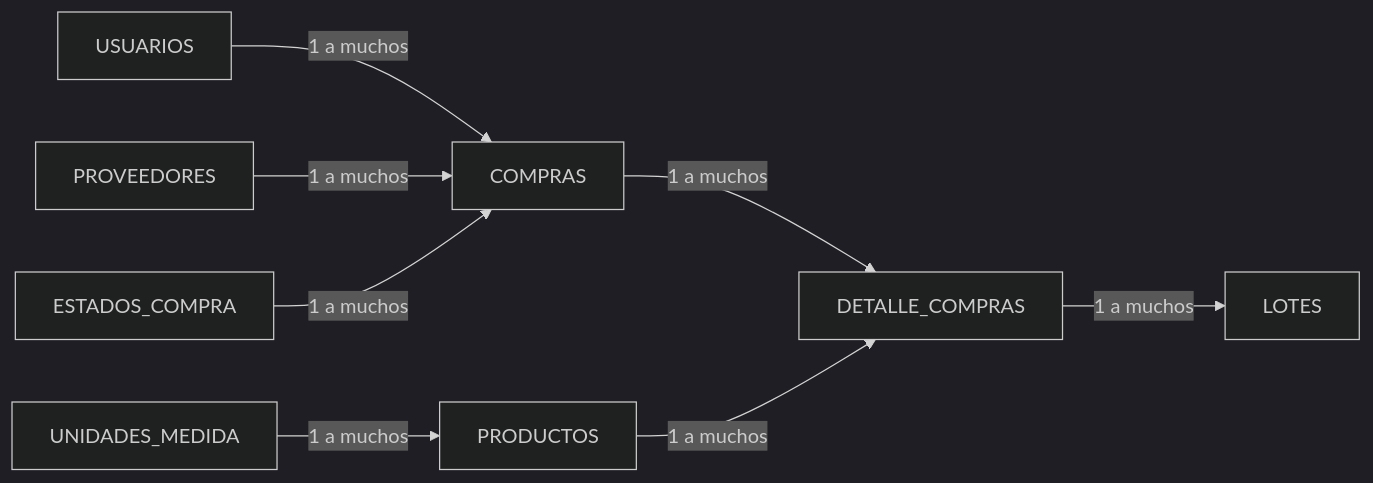
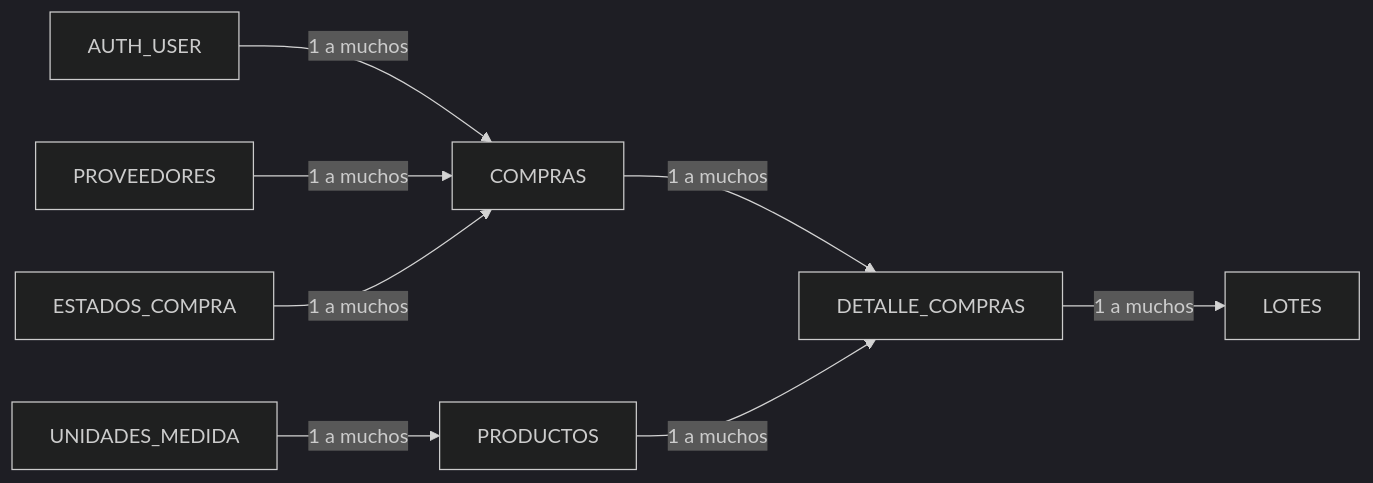
The second of 3 diagrams in docs/DER_RESUMIDO_PARA_FOTO.md (Renzzoworld/rapid-market), drawn with Mermaid (dark theme) before and after one commit. The commit also changed other lines of this file and 18 other files, not shown here.

````diff
--- a/docs/DER_RESUMIDO_PARA_FOTO.md
+++ b/docs/DER_RESUMIDO_PARA_FOTO.md
@@ -21,10 +21,10 @@
 ```mermaid
 flowchart LR
-    U[USUARIOS] -->|1 a muchos| C[COMPRAS]
+    U[AUTH_USER] -->|1 a muchos| C[COMPRAS]
     PV[PROVEEDORES] -->|1 a muchos| C
     EC[ESTADOS_COMPRA] -->|1 a muchos| C
     C -->|1 a muchos| DC[DETALLE_COMPRAS]
     P[PRODUCTOS] -->|1 a muchos| DC
     UM[UNIDADES_MEDIDA] -->|1 a muchos| P
     DC -->|1 a muchos| L[LOTES]
 ```
````
